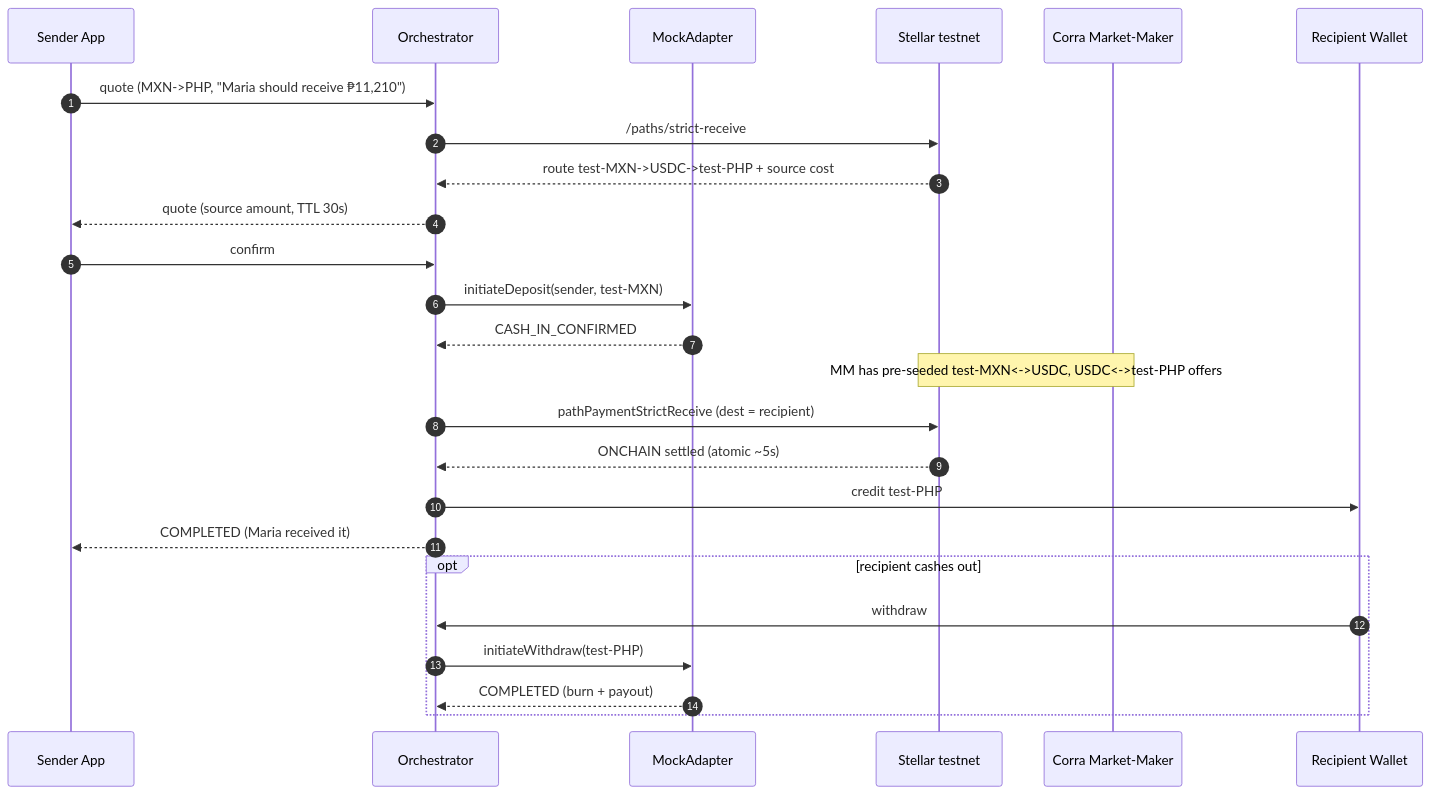
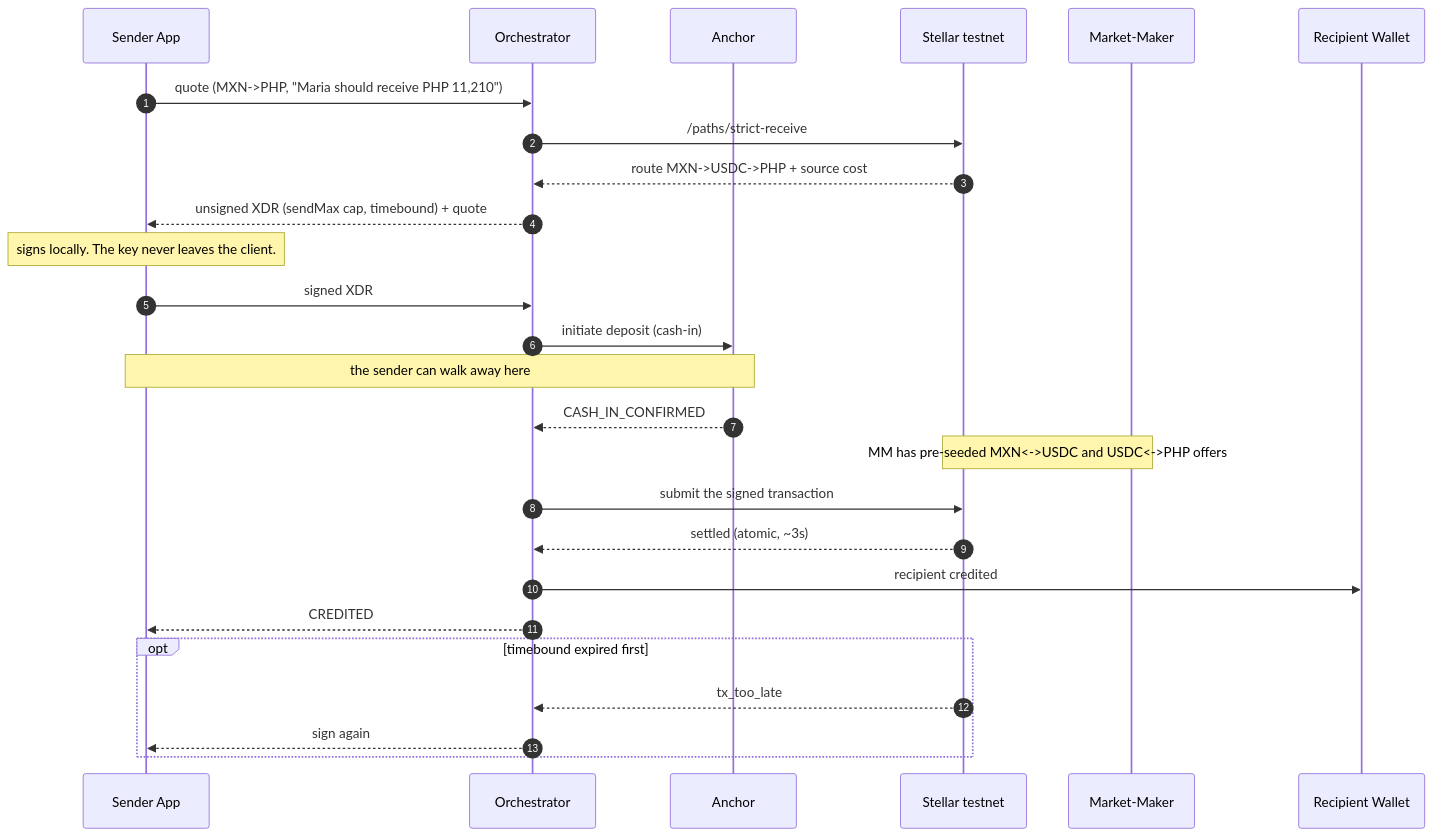
The third of 3 diagrams in docs/architecture.md (yigitcangokmen/corramoney), drawn with Mermaid before and after one commit. The commit also changed other lines of this file and 4 other files, not shown here.

First line of the commit message:
docs: rewrite around the non-custodial architecture

````diff
--- a/docs/architecture.md
+++ b/docs/architecture.md
@@ -185,28 +195,29 @@
 ```mermaid
 sequenceDiagram
     autonumber
     participant S as Sender App
     participant O as Orchestrator
-    participant A as MockAdapter
+    participant A as Anchor
     participant X as Stellar testnet
-    participant MM as Corra Market-Maker
+    participant MM as Market-Maker
     participant R as Recipient Wallet
 
-    S->>O: quote (MXN->PHP, "Maria should receive ₱11,210")
+    S->>O: quote (MXN->PHP, "Maria should receive PHP 11,210")
     O->>X: /paths/strict-receive
-    X-->>O: route test-MXN->USDC->test-PHP + source cost
-    O-->>S: quote (source amount, TTL 30s)
-    S->>O: confirm
-    O->>A: initiateDeposit(sender, test-MXN)
+    X-->>O: route MXN->USDC->PHP + source cost
+    O-->>S: unsigned XDR (sendMax cap, timebound) + quote
+    Note over S: signs locally. The key never leaves the client.
+    S->>O: signed XDR
+    O->>A: initiate deposit (cash-in)
+    Note over S,A: the sender can walk away here
     A-->>O: CASH_IN_CONFIRMED
-    Note over MM,X: MM has pre-seeded test-MXN<->USDC, USDC<->test-PHP offers
-    O->>X: pathPaymentStrictReceive (dest = recipient)
-    X-->>O: ONCHAIN settled (atomic ~5s)
-    O->>R: credit test-PHP
-    O-->>S: COMPLETED (Maria received it)
-    opt recipient cashes out
-        R->>O: withdraw
-        O->>A: initiateWithdraw(test-PHP)
-        A-->>O: COMPLETED (burn + payout)
+    Note over MM,X: MM has pre-seeded MXN<->USDC and USDC<->PHP offers
+    O->>X: submit the signed transaction
+    X-->>O: settled (atomic, ~3s)
+    O->>R: recipient credited
+    O-->>S: CREDITED
+    opt timebound expired first
+        X-->>O: tx_too_late
+        O-->>S: sign again
     end
 ```
````
